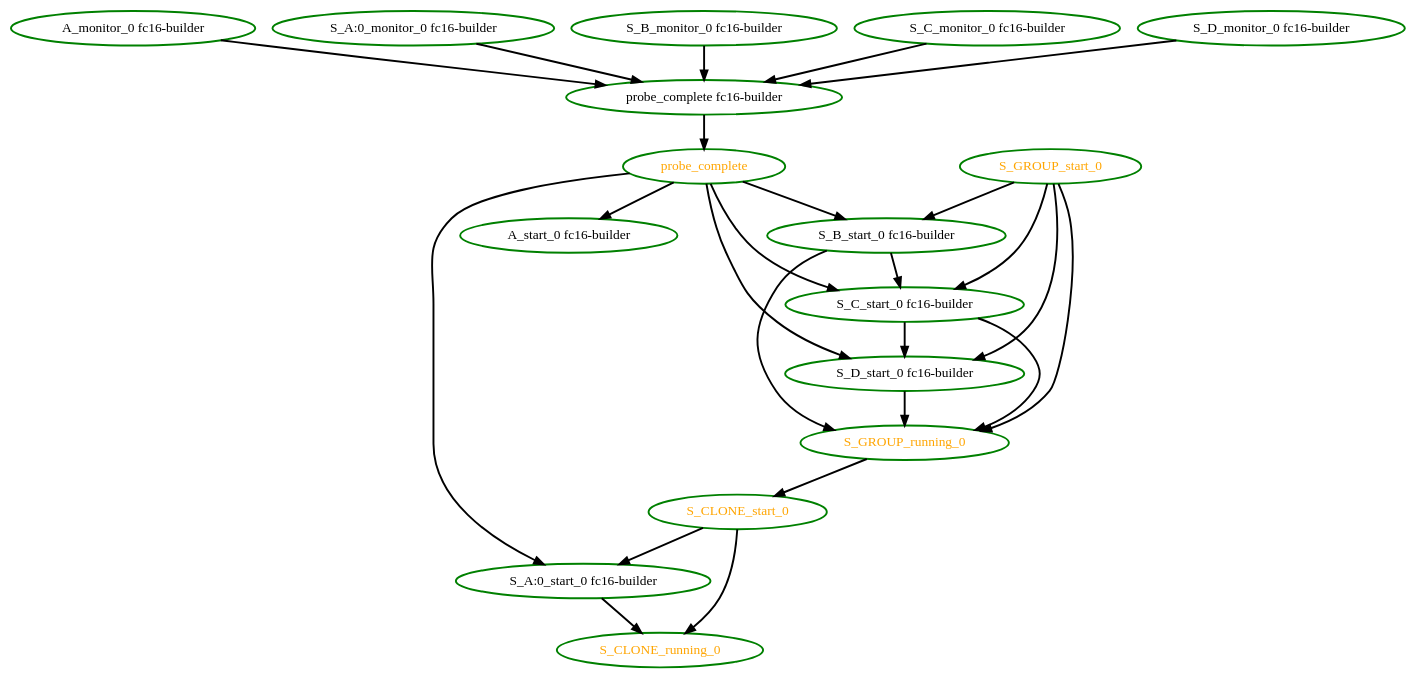
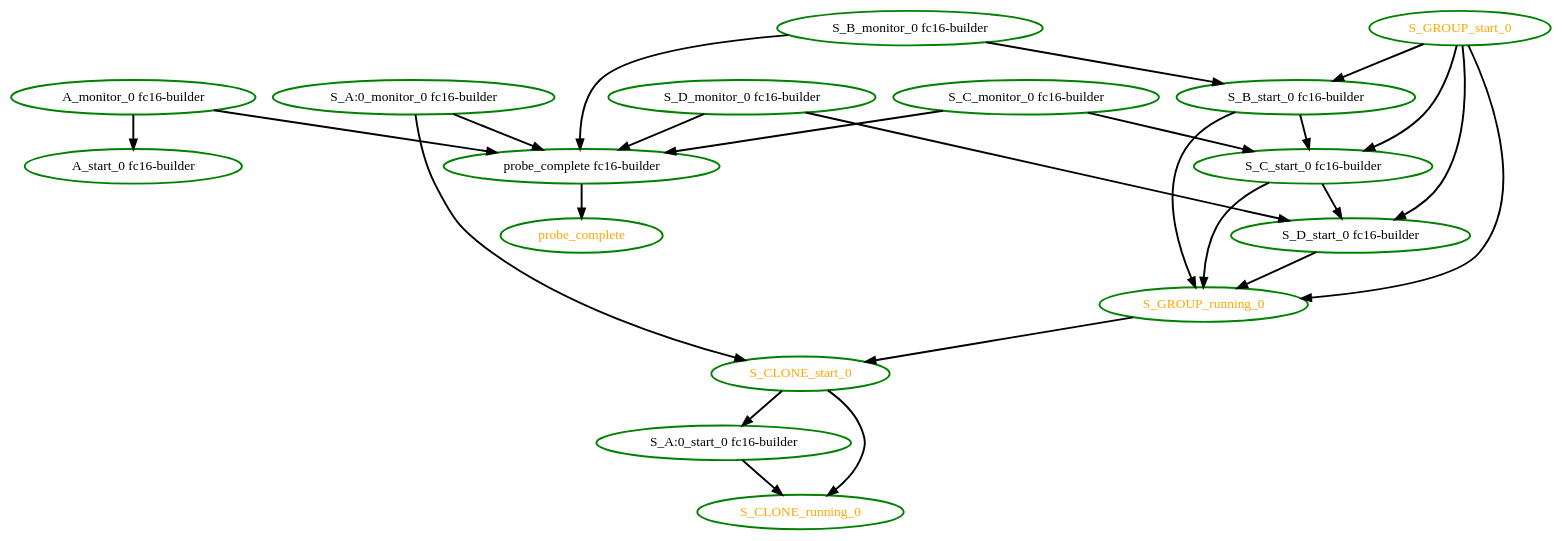
One commit to ClusterLabs/pacemaker changed the diagram in pengine/test10/honor_stonith_rsc_order2.dot. Above: the diagram before and after it, drawn with Graphviz. The commit also changed 464 other files, not shown here.

```diff
--- a/pengine/test10/honor_stonith_rsc_order2.dot
+++ b/pengine/test10/honor_stonith_rsc_order2.dot
@@ -1,42 +1,42 @@
  digraph "g" {
+"A_monitor_0 fc16-builder" -> "A_start_0 fc16-builder" [ style = bold]
 "A_monitor_0 fc16-builder" -> "probe_complete fc16-builder" [ style = bold]
 "A_monitor_0 fc16-builder" [ style=bold color="green" fontcolor="black"]
 "A_start_0 fc16-builder" [ style=bold color="green" fontcolor="black"]
+"S_A:0_monitor_0 fc16-builder" -> "S_CLONE_start_0" [ style = bold]
 "S_A:0_monitor_0 fc16-builder" -> "probe_complete fc16-builder" [ style = bold]
 "S_A:0_monitor_0 fc16-builder" [ style=bold color="green" fontcolor="black"]
 "S_A:0_start_0 fc16-builder" -> "S_CLONE_running_0" [ style = bold]
 "S_A:0_start_0 fc16-builder" [ style=bold color="green" fontcolor="black"]
+"S_B_monitor_0 fc16-builder" -> "S_B_start_0 fc16-builder" [ style = bold]
 "S_B_monitor_0 fc16-builder" -> "probe_complete fc16-builder" [ style = bold]
 "S_B_monitor_0 fc16-builder" [ style=bold color="green" fontcolor="black"]
 "S_B_start_0 fc16-builder" -> "S_C_start_0 fc16-builder" [ style = bold]
 "S_B_start_0 fc16-builder" -> "S_GROUP_running_0" [ style = bold]
 "S_B_start_0 fc16-builder" [ style=bold color="green" fontcolor="black"]
 "S_CLONE_running_0" [ style=bold color="green" fontcolor="orange"]
 "S_CLONE_start_0" -> "S_A:0_start_0 fc16-builder" [ style = bold]
 "S_CLONE_start_0" -> "S_CLONE_running_0" [ style = bold]
 "S_CLONE_start_0" [ style=bold color="green" fontcolor="orange"]
+"S_C_monitor_0 fc16-builder" -> "S_C_start_0 fc16-builder" [ style = bold]
 "S_C_monitor_0 fc16-builder" -> "probe_complete fc16-builder" [ style = bold]
 "S_C_monitor_0 fc16-builder" [ style=bold color="green" fontcolor="black"]
 "S_C_start_0 fc16-builder" -> "S_D_start_0 fc16-builder" [ style = bold]
 "S_C_start_0 fc16-builder" -> "S_GROUP_running_0" [ style = bold]
 "S_C_start_0 fc16-builder" [ style=bold color="green" fontcolor="black"]
+"S_D_monitor_0 fc16-builder" -> "S_D_start_0 fc16-builder" [ style = bold]
 "S_D_monitor_0 fc16-builder" -> "probe_complete fc16-builder" [ style = bold]
 "S_D_monitor_0 fc16-builder" [ style=bold color="green" fontcolor="black"]
 "S_D_start_0 fc16-builder" -> "S_GROUP_running_0" [ style = bold]
 "S_D_start_0 fc16-builder" [ style=bold color="green" fontcolor="black"]
 "S_GROUP_running_0" -> "S_CLONE_start_0" [ style = bold]
 "S_GROUP_running_0" [ style=bold color="green" fontcolor="orange"]
 "S_GROUP_start_0" -> "S_B_start_0 fc16-builder" [ style = bold]
 "S_GROUP_start_0" -> "S_C_start_0 fc16-builder" [ style = bold]
 "S_GROUP_start_0" -> "S_D_start_0 fc16-builder" [ style = bold]
 "S_GROUP_start_0" -> "S_GROUP_running_0" [ style = bold]
 "S_GROUP_start_0" [ style=bold color="green" fontcolor="orange"]
 "probe_complete fc16-builder" -> "probe_complete" [ style = bold]
 "probe_complete fc16-builder" [ style=bold color="green" fontcolor="black"]
-"probe_complete" -> "A_start_0 fc16-builder" [ style = bold]
-"probe_complete" -> "S_A:0_start_0 fc16-builder" [ style = bold]
-"probe_complete" -> "S_B_start_0 fc16-builder" [ style = bold]
-"probe_complete" -> "S_C_start_0 fc16-builder" [ style = bold]
-"probe_complete" -> "S_D_start_0 fc16-builder" [ style = bold]
 "probe_complete" [ style=bold color="green" fontcolor="orange"]
 }
```
